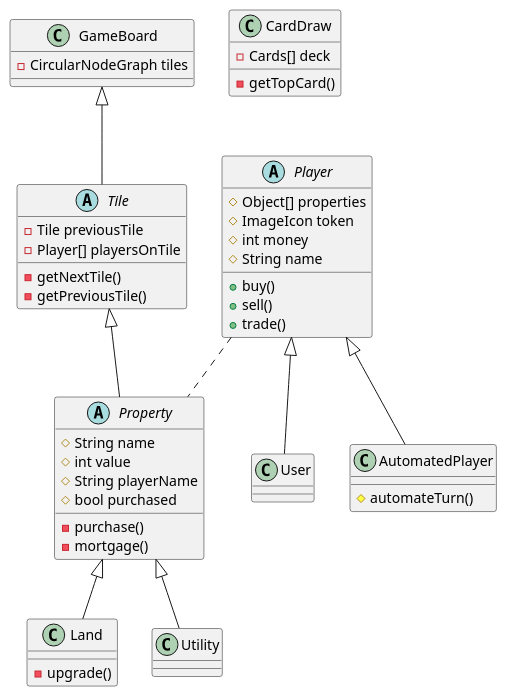
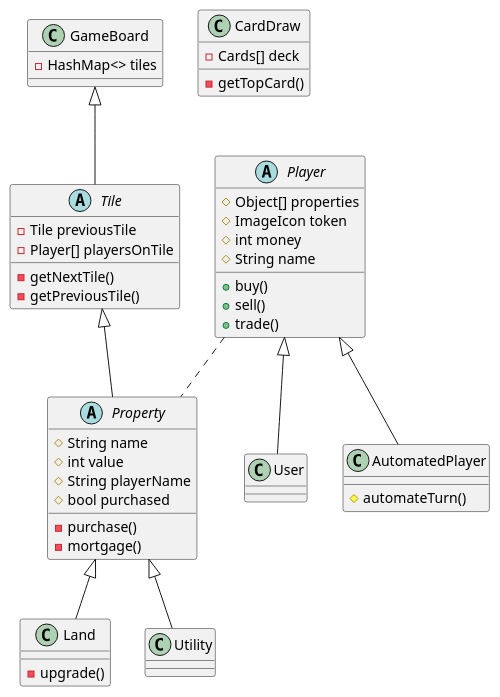
Before and after one commit to PopeMain/PropertyNMoney: the diagram in docs/Player.puml, drawn with PlantUML. The commit also changed 1 other file, not shown here.

```diff
--- a/docs/Player.puml
+++ b/docs/Player.puml
@@ -1,69 +1,69 @@
 @startuml
 'https://plantuml.com/class-diagram
 
 class GameBoard
 abstract class Tile
 abstract class Player
 abstract class Property
 class CardDraw
 class User
 class AutomatedPlayer
 class Land
 class Utility
 
 Player <|-- User
 Player <|-- AutomatedPlayer
 Player .. Property
 Property <|-- Land
 Property <|-- Utility
 
 GameBoard <|-- Tile
 Tile <|-- Property
 
 class GameBoard{
--CircularNodeGraph tiles
+-HashMap<> tiles
 }
 
 abstract class Tile{
 -Tile previousTile
 -Player[] playersOnTile
 -getNextTile()
 -getPreviousTile()
 }
 class CardDraw{
 -Cards[] deck
 -getTopCard()
 }
 abstract class Player {
 #Object[] properties
 #ImageIcon token
 #int money
 #String name
 +buy()
 +sell()
 +trade()
 }
 
 abstract class Property {
 #String name
 #int value
 #String playerName
 #bool purchased
 -purchase()
 -mortgage()
 }
 
 class User {
 }
 
 class AutomatedPlayer {
 #automateTurn()
 }
 
 class Land{
 -upgrade()
 }
 
 class Utility{
 }
 @enduml
```
